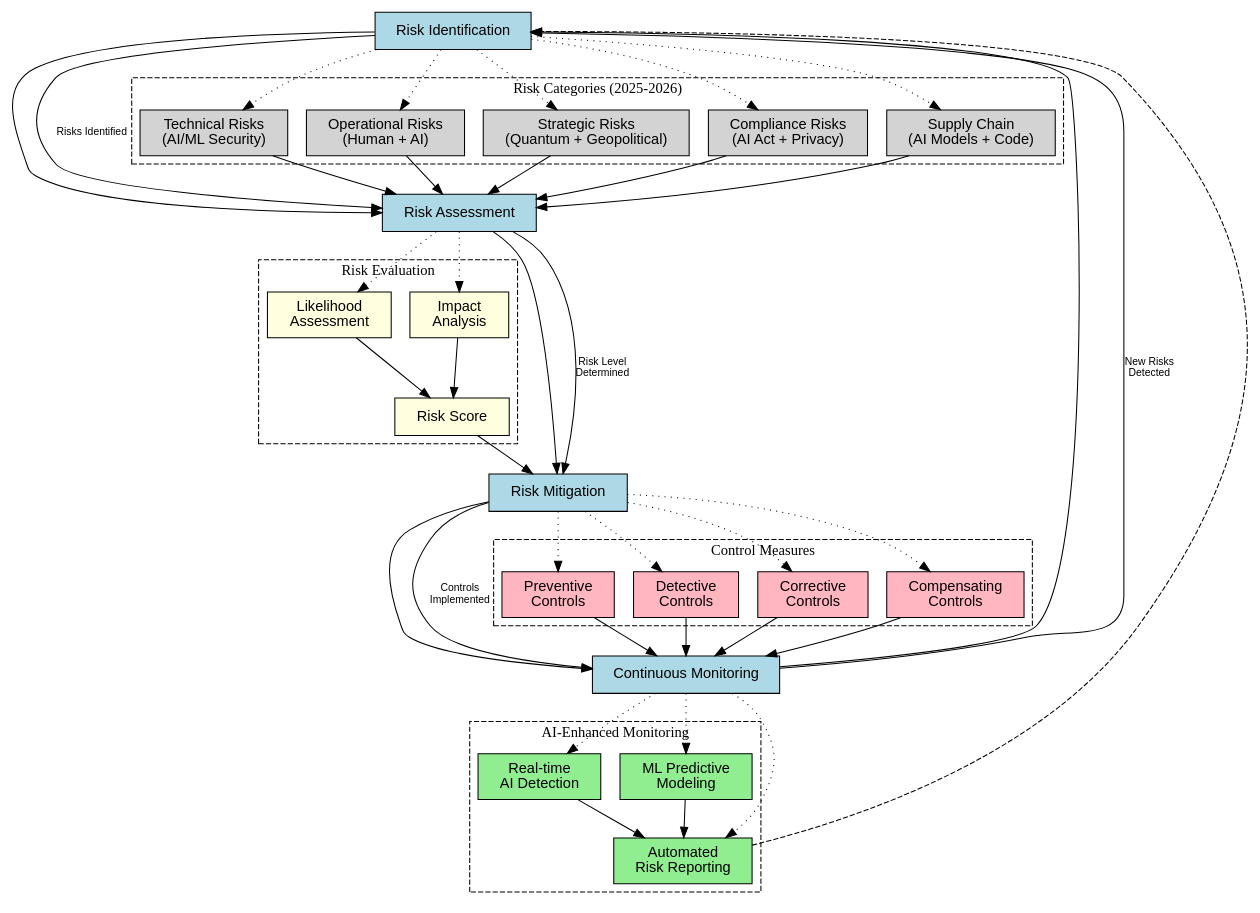
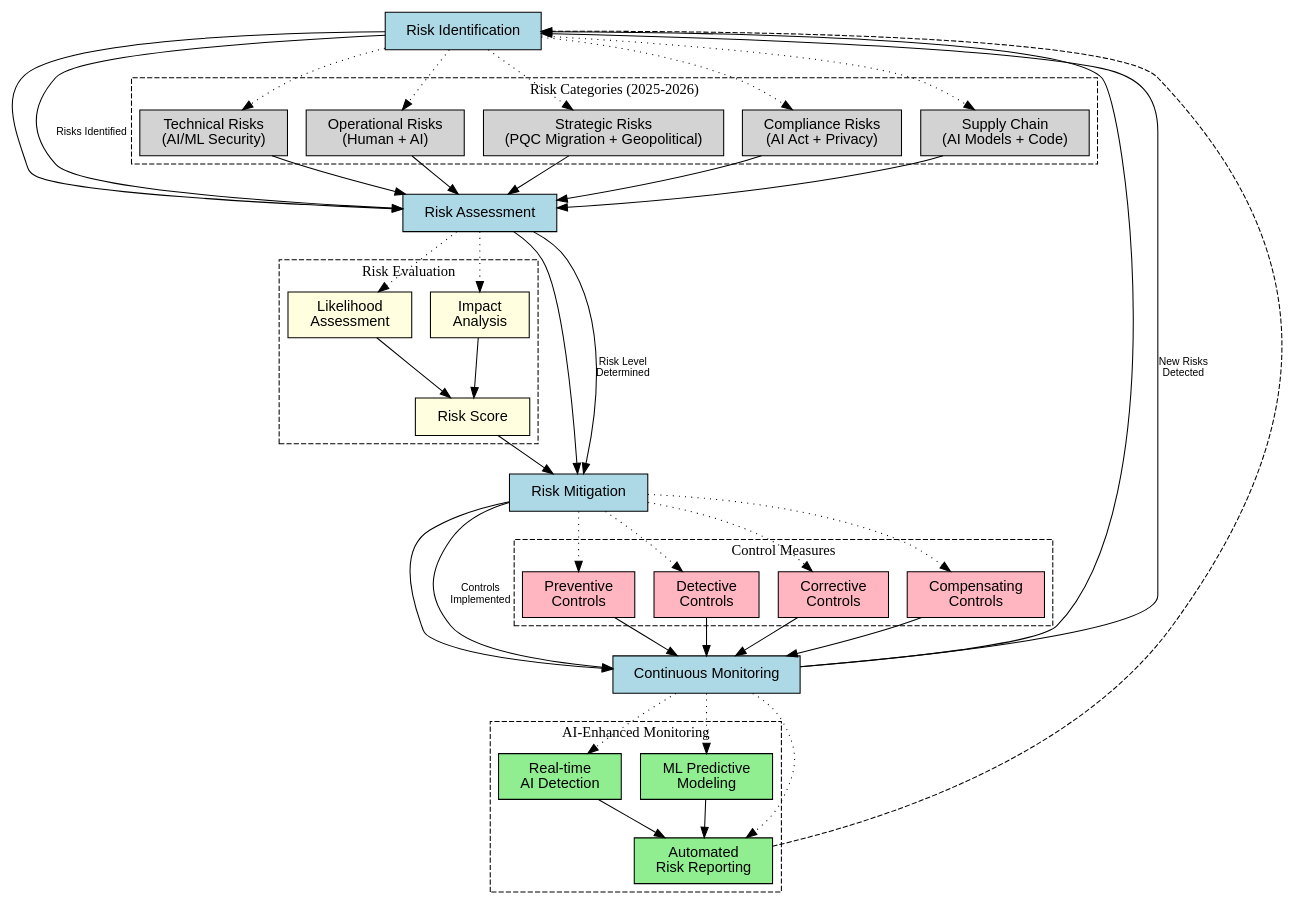
Before and after one commit to dbsectrainer/cloud-security-best-practices: the diagram in risk_management.dot, drawn with Graphviz. The commit also changed 18 other files, not shown here.

```diff
--- a/risk_management.dot
+++ b/risk_management.dot
@@ -1,86 +1,86 @@
 digraph RiskManagement {
     rankdir=TB;
     compound=true;
     node [shape=box, style=rounded, fontname="Arial", margin="0.3,0.1"];
     edge [fontname="Arial"];
 
     // Core Process
     Identification [label="Risk Identification", style=filled, fillcolor=lightblue];
     Assessment [label="Risk Assessment", style=filled, fillcolor=lightblue];
     Mitigation [label="Risk Mitigation", style=filled, fillcolor=lightblue];
     Monitoring [label="Continuous Monitoring", style=filled, fillcolor=lightblue];
 
     // Risk Categories (Enhanced 2025-2026)
     subgraph cluster_categories {
         label="Risk Categories (2025-2026)";
         style=dashed;
         node [style=filled, fillcolor=lightgrey];
         Technical [label="Technical Risks\n(AI/ML Security)"];
         Operational [label="Operational Risks\n(Human + AI)"];
-        Strategic [label="Strategic Risks\n(Quantum + Geopolitical)"];
+        Strategic [label="Strategic Risks\n(PQC Migration + Geopolitical)"];
         Compliance [label="Compliance Risks\n(AI Act + Privacy)"];
         Supply [label="Supply Chain\n(AI Models + Code)"];
     }
 
     // Risk Evaluation
     subgraph cluster_evaluation {
         label="Risk Evaluation";
         style=dashed;
         node [style=filled, fillcolor=lightyellow];
         Likelihood [label="Likelihood\nAssessment"];
         Impact [label="Impact\nAnalysis"];
         Score [label="Risk Score"];
     }
 
     // Mitigation Strategies
     subgraph cluster_controls {
         label="Control Measures";
         style=dashed;
         node [style=filled, fillcolor=lightpink];
         Preventive [label="Preventive\nControls"];
         Detective [label="Detective\nControls"];
         Corrective [label="Corrective\nControls"];
         Compensating [label="Compensating\nControls"];
     }
 
     // Monitoring Components (AI-Enhanced)
     subgraph cluster_monitoring {
         label="AI-Enhanced Monitoring";
         style=dashed;
         node [style=filled, fillcolor=lightgreen];
         RealTime [label="Real-time\nAI Detection"];
         Predictive [label="ML Predictive\nModeling"];
         Reporting [label="Automated\nRisk Reporting"];
     }
 
     // Main Process Flow
     Identification -> Assessment;
     Assessment -> Mitigation;
     Mitigation -> Monitoring;
     Monitoring -> Identification [constraint=false];
 
     // Risk Category Connections (Include Supply Chain)
     Identification -> {Technical, Operational, Strategic, Compliance, Supply} [style=dotted];
     {Technical, Operational, Strategic, Compliance, Supply} -> Assessment;
 
     // Evaluation Process
     Assessment -> {Likelihood, Impact} [style=dotted];
     {Likelihood, Impact} -> Score;
     Score -> Mitigation;
 
     // Control Implementation
     Mitigation -> {Preventive, Detective, Corrective, Compensating} [style=dotted];
     {Preventive, Detective, Corrective, Compensating} -> Monitoring;
 
     // Monitoring Activities
     Monitoring -> {RealTime, Predictive, Reporting} [style=dotted];
     {RealTime, Predictive} -> Reporting;
     Reporting -> Identification [constraint=false, style=dashed];
 
     // Add labels to key transitions
     edge [fontsize=10];
     Identification -> Assessment [label="Risks Identified"];
     Assessment -> Mitigation [label="Risk Level\nDetermined"];
     Mitigation -> Monitoring [label="Controls\nImplemented"];
     Monitoring -> Identification [label="New Risks\nDetected"];
 }
```
